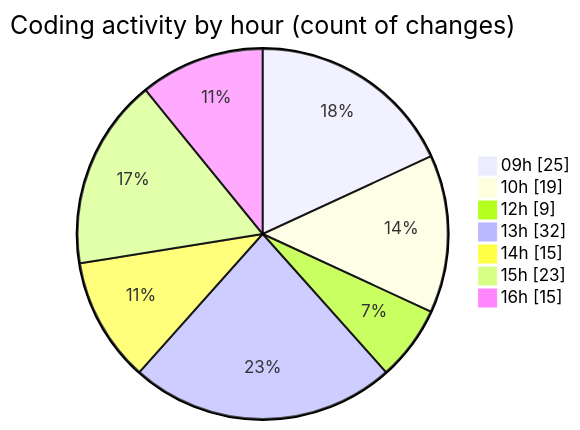
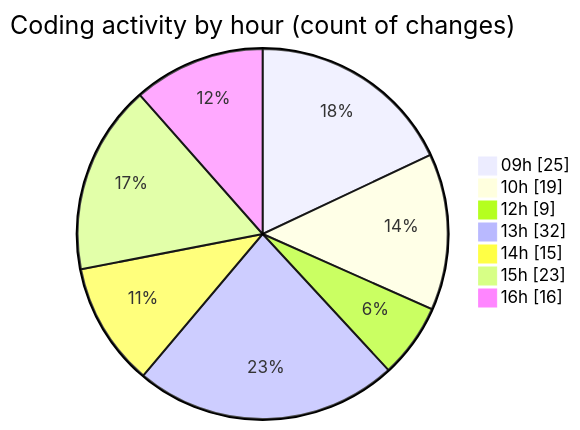
The second of 2 diagrams in 2025-08-19/cda/README.md (momahboobian/code-tracking), drawn with Mermaid before and after one commit. The commit also changed other lines of this file and 1 other file, not shown here.

````diff
--- a/2025-08-19/cda/README.md
+++ b/2025-08-19/cda/README.md
@@ -60,11 +60,11 @@
 ```mermaid
 pie showData
 title Coding activity by hour (count of changes)
 "09h" : 25
 "10h" : 19
 "12h" : 9
 "13h" : 32
 "14h" : 15
 "15h" : 23
-"16h" : 15
+"16h" : 16
 ```
````
